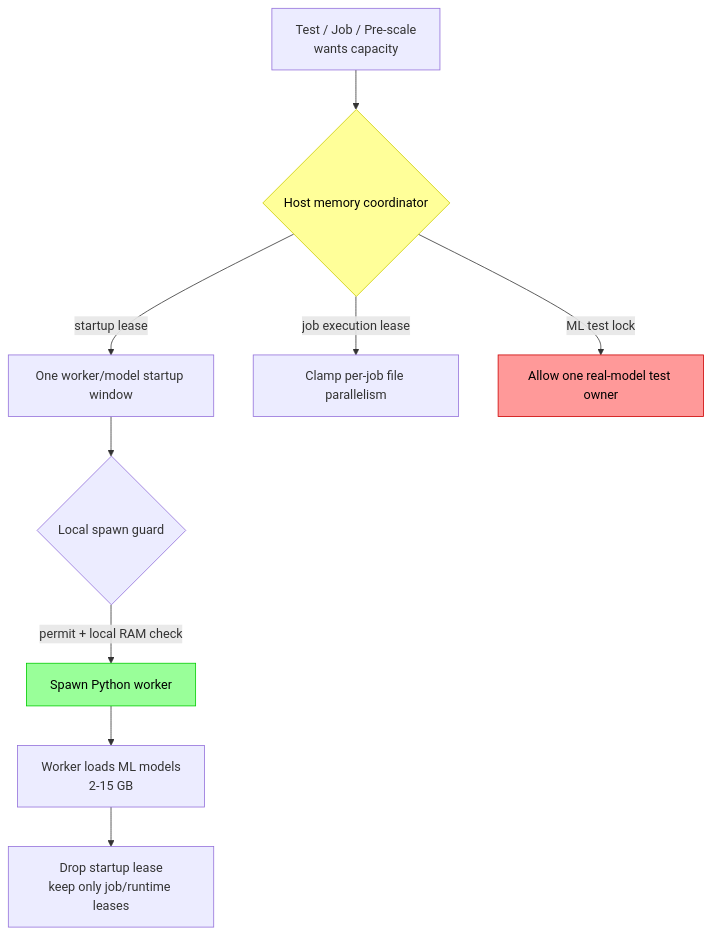
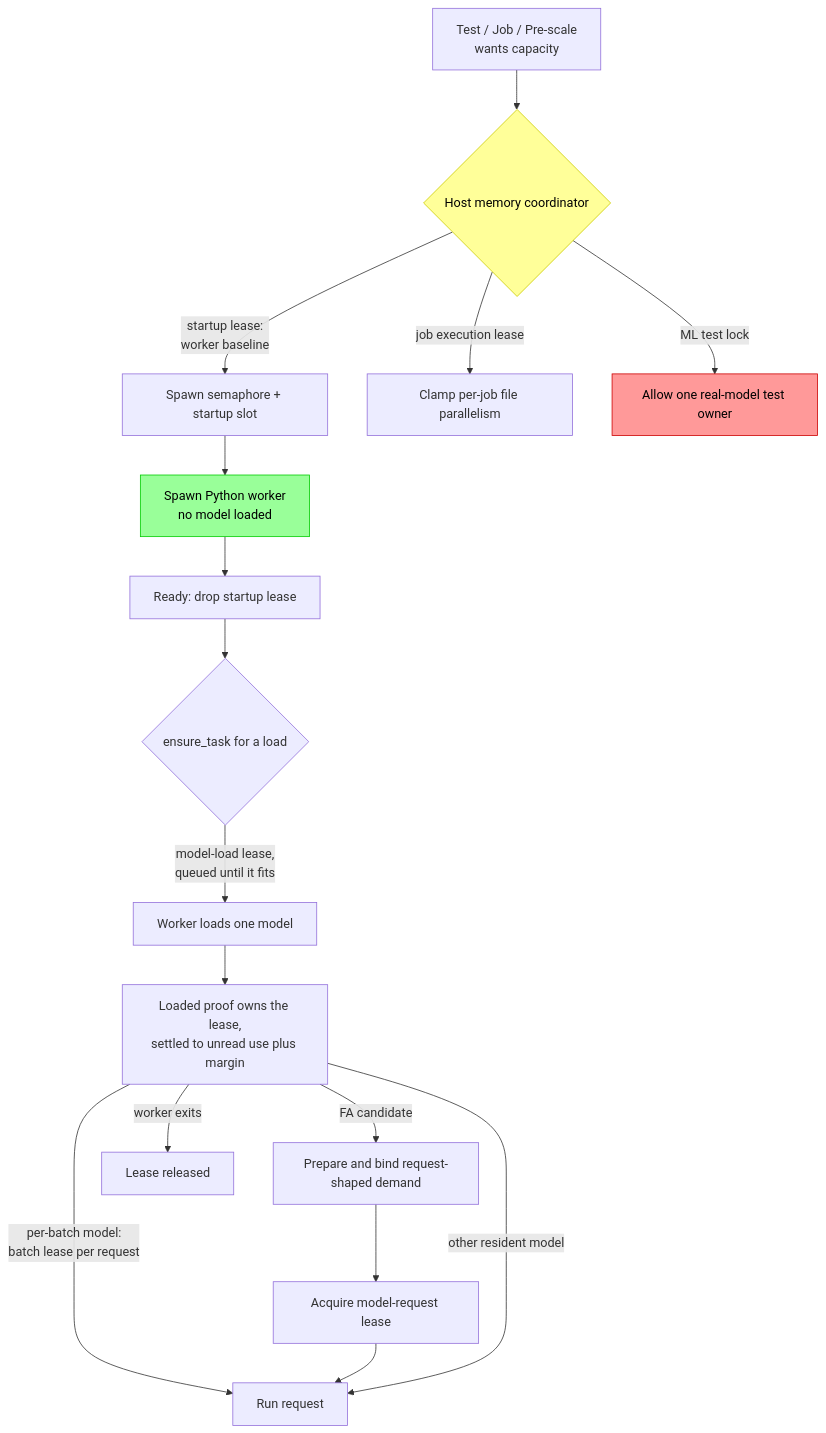
The first of 3 diagrams in book/src/batchalign/developer/memory-safety.md (FranklinChen/talkbank-tools), drawn with Mermaid before and after one commit. The commit also changed other lines of this file and 523 other files, not shown here.

````diff
--- a/book/src/batchalign/developer/memory-safety.md
+++ b/book/src/batchalign/developer/memory-safety.md
@@ -22,15 +21,22 @@
 ```mermaid
 flowchart TD
     A[Test / Job / Pre-scale<br>wants capacity] --> B{Host memory coordinator}
-    B -->|startup lease| C[One worker/model startup window]
+    B -->|startup lease:<br>worker baseline| C[Spawn semaphore + startup slot]
     B -->|job execution lease| D[Clamp per-job file parallelism]
     B -->|ML test lock| E[Allow one real-model test owner]
-    C --> F{Local spawn guard}
-    F -->|permit + local RAM check| G[Spawn Python worker]
-    G --> H[Worker loads ML models<br>2-15 GB]
-    H --> I[Drop startup lease<br>keep only job/runtime leases]
+    C --> G[Spawn Python worker<br>no model loaded]
+    G --> H[Ready: drop startup lease]
+    H --> L{ensure_task for a load}
+    L -->|model-load lease,<br>queued until it fits| M[Worker loads one model]
+    M --> N[Loaded proof owns the lease,<br>settled to unread use plus margin]
+    N -->|per-batch model:<br>batch lease per request| O[Run request]
+    N -->|FA candidate| Q[Prepare and bind request-shaped demand]
+    Q --> R[Acquire model-request lease]
+    R --> O
+    N -->|other resident model| O
+    N -->|worker exits| P[Lease released]
 
     style B fill:#ff9,stroke:#cc0,color:#000
     style G fill:#9f9,stroke:#0c0,color:#000
     style E fill:#f99,stroke:#c00,color:#000
 ```
````
